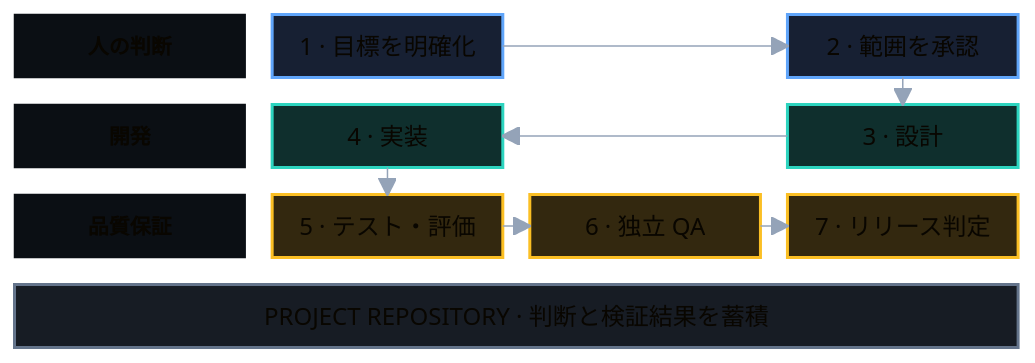
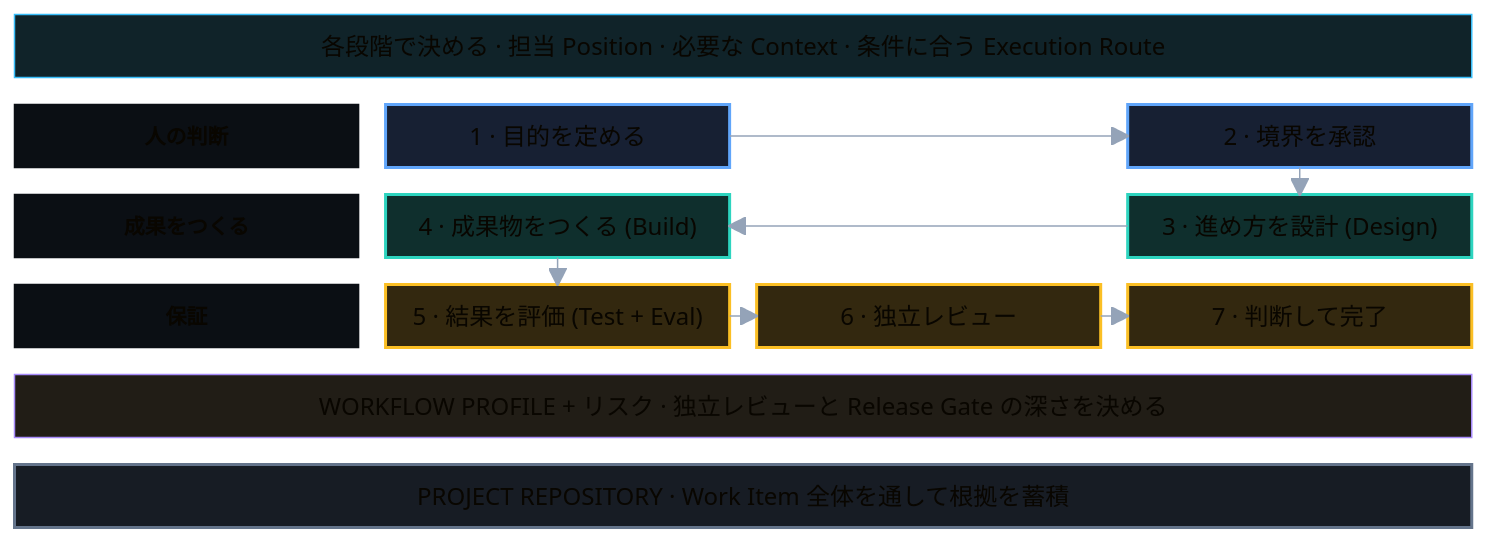
One commit to zsz1210/temple-ai-dev-org changed the diagram in docs/assets/temple-delivery-path.ja.mmd. Above: the diagram before and after it, drawn with Mermaid. The commit also changed 25 other files, not shown here.

Commit message:
docs: generalize Temple Work Item diagrams

```diff
--- a/docs/assets/temple-delivery-path.ja.mmd
+++ b/docs/assets/temple-delivery-path.ja.mmd
@@ -1,36 +1,42 @@
 ---
 config:
   theme: base
   fontFamily: "Noto Sans JP, Hiragino Sans, Inter, Arial, sans-serif"
   block:
     padding: 18
   themeVariables:
     background: "#0b0f14"
     primaryTextColor: "#f8fafc"
     lineColor: "#94a3b8"
 ---
 block-beta
   columns 8
-  H["人の判断"]:2 S1["1 · 目標を明確化"]:2 space:2 S2["2 · 範囲を承認"]:2
-  D["開発"]:2 S4["4 · 実装"]:2 space:2 S3["3 · 設計"]:2
-  A["品質保証"]:2 S5["5 · テスト・評価"]:2 S6["6 · 独立 QA"]:2 S7["7 · リリース判定"]:2
-  E["PROJECT REPOSITORY · 判断と検証結果を蓄積"]:8
+  R["各段階で決める · 担当 Position · 必要な Context · 条件に合う Execution Route"]:8
+  H["人の判断"]:2 S1["1 · 目的を定める"]:2 space:2 S2["2 · 境界を承認"]:2
+  D["成果をつくる"]:2 S4["4 · 成果物をつくる (Build)"]:2 space:2 S3["3 · 進め方を設計 (Design)"]:2
+  A["保証"]:2 S5["5 · 結果を評価 (Test + Eval)"]:2 S6["6 · 独立レビュー"]:2 S7["7 · 判断して完了"]:2
+  P["WORKFLOW PROFILE + リスク · 独立レビューと Release Gate の深さを決める"]:8
+  E["PROJECT REPOSITORY · Work Item 全体を通して根拠を蓄積"]:8
 
   S1 --> S2
   S2 --> S3
   S3 --> S4
   S4 --> S5
   S5 --> S6
   S6 --> S7
 
   classDef lane fill:#0b0f14,stroke:#0b0f14,color:#94a3b8,font-weight:700,font-size:14px;
   classDef human fill:#172033,stroke:#60a5fa,color:#f8fafc,stroke-width:2px;
   classDef delivery fill:#0f2f2d,stroke:#2dd4bf,color:#f8fafc,stroke-width:2px;
   classDef assurance fill:#33280f,stroke:#fbbf24,color:#f8fafc,stroke-width:2px;
+  classDef route fill:#102329,stroke:#38bdf8,color:#e0f2fe,stroke-width:1px;
+  classDef profile fill:#211d16,stroke:#a78bfa,color:#ede9fe,stroke-width:1px;
   classDef evidence fill:#171c24,stroke:#64748b,color:#e2e8f0,stroke-width:2px;
 
   class H,D,A lane
+  class R route
   class S1,S2 human
   class S3,S4 delivery
   class S5,S6,S7 assurance
+  class P profile
   class E evidence
```
